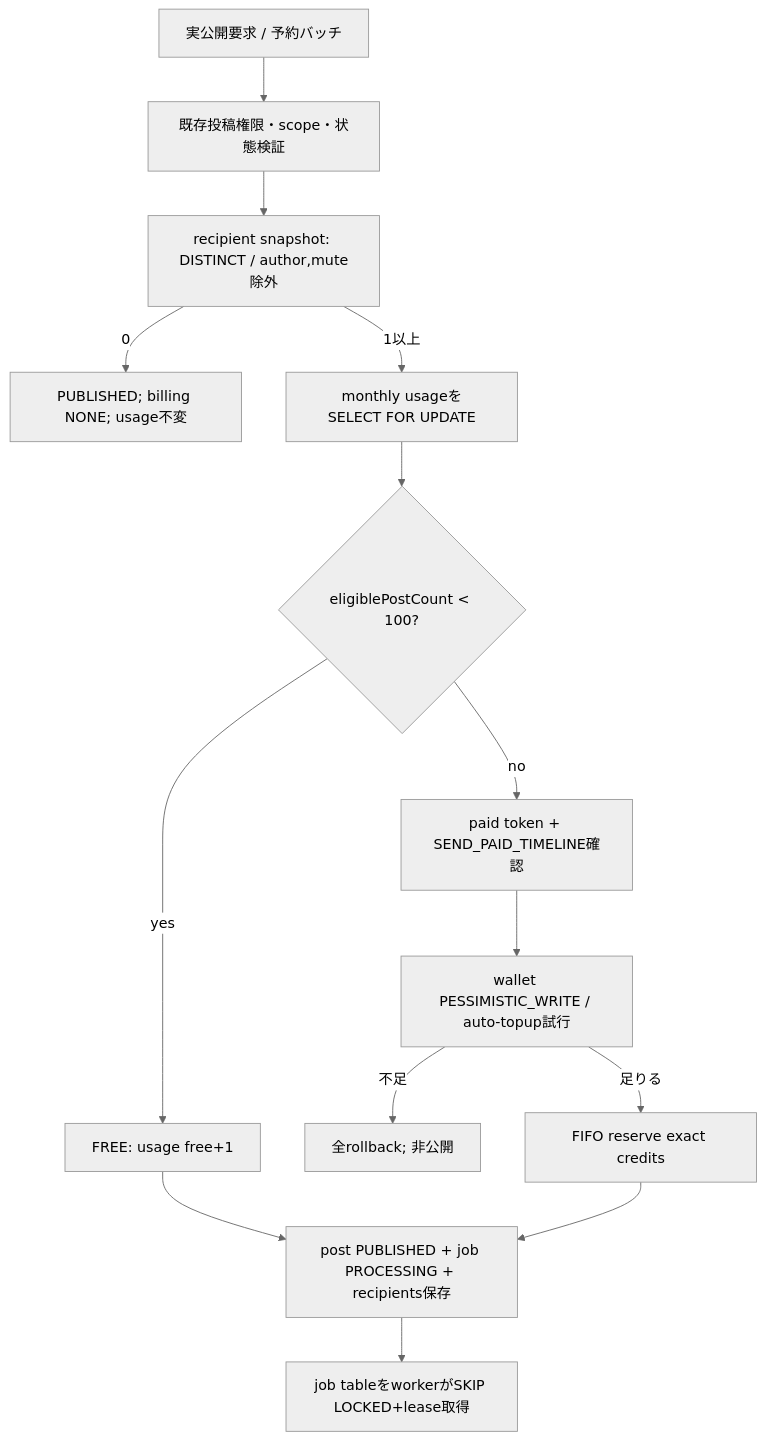
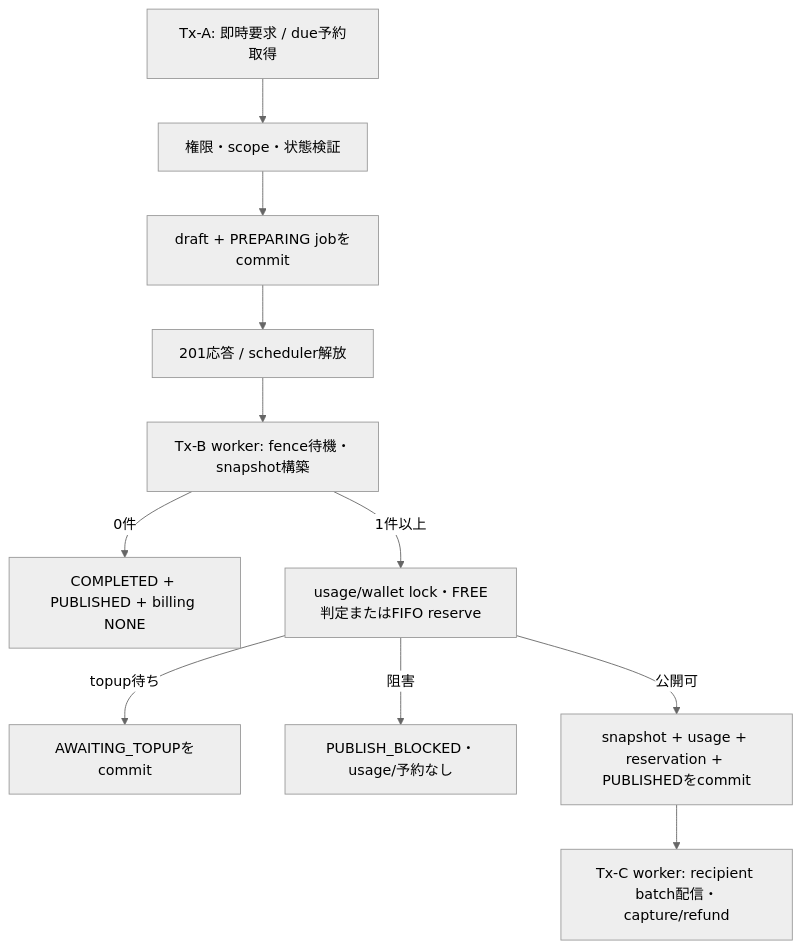
One commit to kenta-0420/mannschaft changed the first of 2 diagrams in docs/features/F09.14_timeline_delivery_prepaid_credits/03_business_logic.md. Above: the diagram before and after it, drawn with Mermaid (neutral theme). The commit also changed other lines of this file and 4 other files, not shown here.

````diff
--- a/docs/features/F09.14_timeline_delivery_prepaid_credits/03_business_logic.md
+++ b/docs/features/F09.14_timeline_delivery_prepaid_credits/03_business_logic.md
@@ -17,16 +17,13 @@
 ```mermaid
 flowchart TD
-  A[実公開要求 / 予約バッチ] --> B[既存投稿権限・scope・状態検証]
-  B --> C[recipient snapshot: DISTINCT / author,mute除外]
-  C -->|0| Z[PUBLISHED; billing NONE; usage不変]
-  C -->|1以上| D[monthly usageをSELECT FOR UPDATE]
-  D --> E{eligiblePostCount < 100?}
-  E -->|yes| F[FREE: usage free+1]
-  E -->|no| G[paid token + SEND_PAID_TIMELINE確認]
-  G --> H[wallet PESSIMISTIC_WRITE / auto-topup試行]
-  H -->|不足| X[全rollback; 非公開]
-  H -->|足りる| I[FIFO reserve exact credits]
-  F --> J[post PUBLISHED + job PROCESSING + recipients保存]
-  I --> J
-  J --> K[job tableをworkerがSKIP LOCKED+lease取得]
+  A[Tx-A: 即時要求 / due予約取得] --> B[権限・scope・状態検証]
+  B --> C[draft + PREPARING jobをcommit]
+  C --> D[201応答 / scheduler解放]
+  D --> E[Tx-B worker: fence待機・snapshot構築]
+  E -->|0件| Z[COMPLETED + PUBLISHED + billing NONE]
+  E -->|1件以上| F[usage/wallet lock・FREE判定またはFIFO reserve]
+  F -->|topup待ち| G[AWAITING_TOPUPをcommit]
+  F -->|阻害| H[PUBLISH_BLOCKED・usage/予約なし]
+  F -->|公開可| I[snapshot + usage + reservation + PUBLISHEDをcommit]
+  I --> J[Tx-C worker: recipient batch配信・capture/refund]
 ```
````
